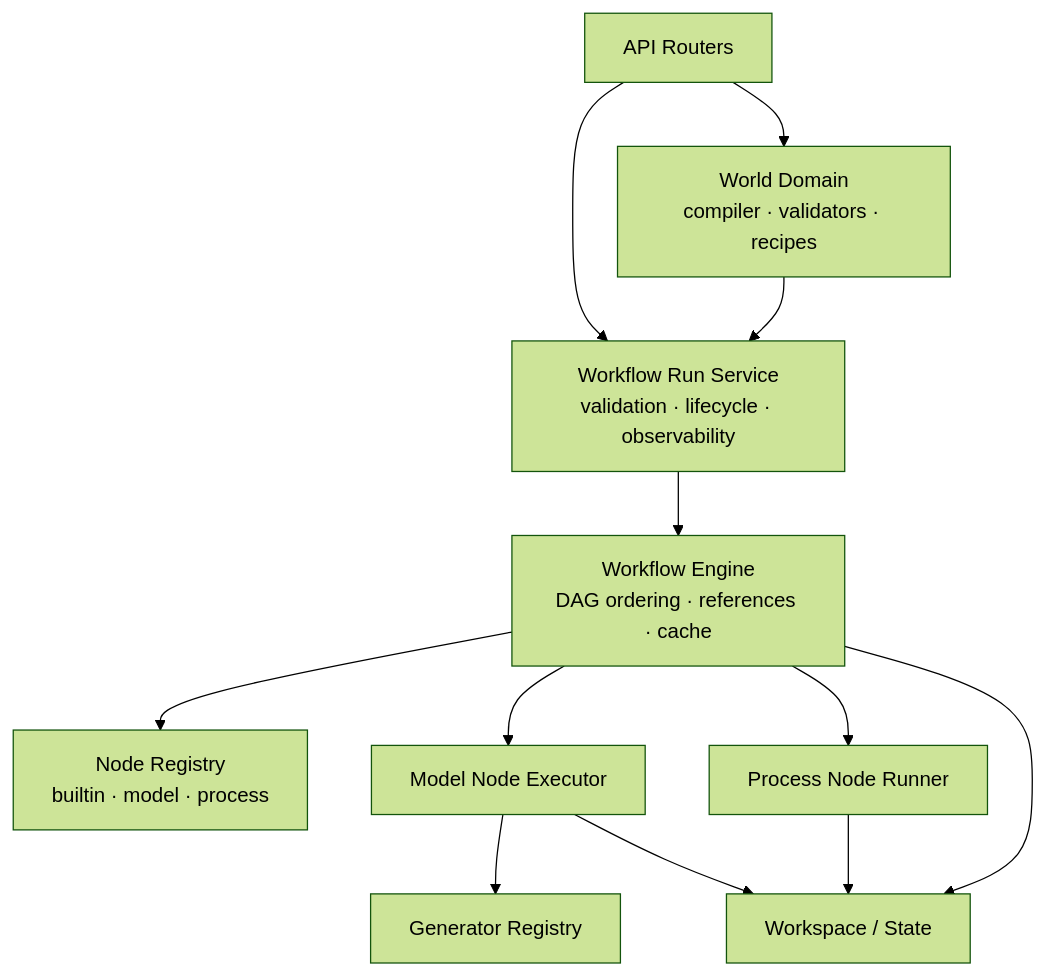
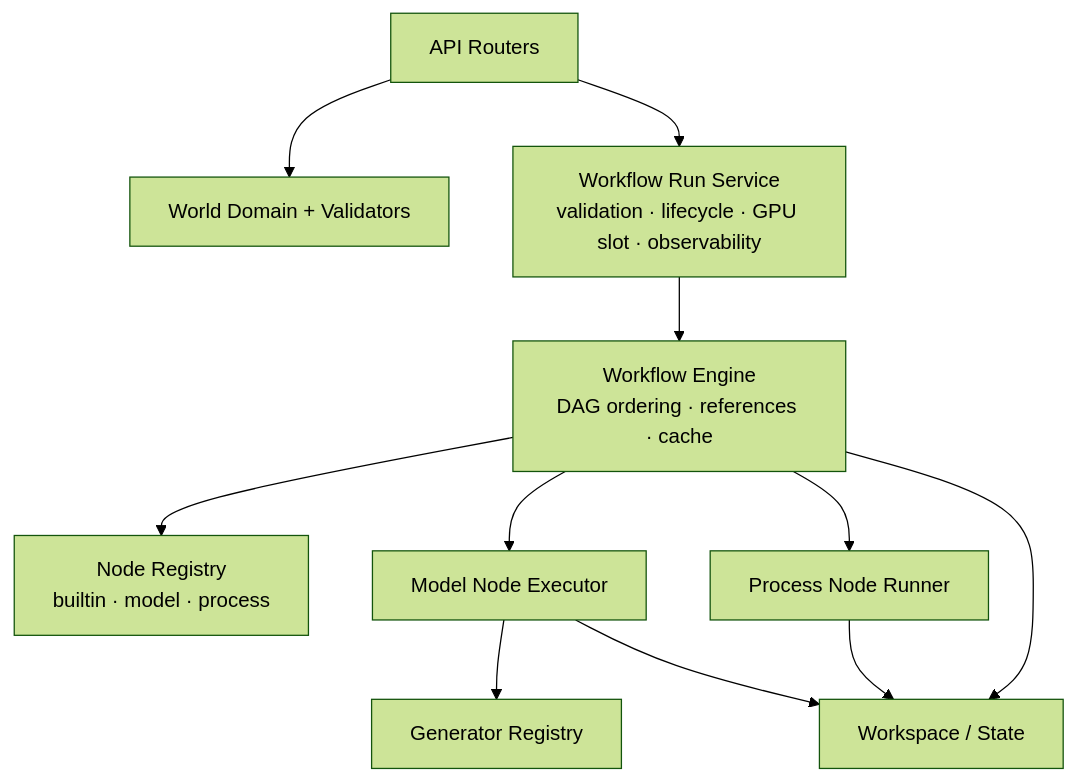
One commit to mousebar01/PolyKit changed the third of 6 diagrams in docs/architecture.md. Above: the diagram before and after it, drawn with Mermaid (forest theme). The commit also changed other lines of this file, not shown here.

Commit message:
docs: add MCP adapter to architecture boundary

````diff
--- a/docs/architecture.md
+++ b/docs/architecture.md
@@ -62,24 +66,23 @@
 ```mermaid
 flowchart TB
     Routers[API Routers]
-    World[World Domain\ncompiler · validators · recipes]
-    RunService[Workflow Run Service\nvalidation · lifecycle · observability]
+    WorldDomain[World Domain + Validators]
+    RunService[Workflow Run Service\nvalidation · lifecycle · GPU slot · observability]
     Engine[Workflow Engine\nDAG ordering · references · cache]
     Registry[Node Registry\nbuiltin · model · process]
     ModelExec[Model Node Executor]
     ProcessRunner[Process Node Runner]
     Generators[Generator Registry]
     Workspace[Workspace / State]
 
-    Routers --> World
+    Routers --> WorldDomain
     Routers --> RunService
-    World --> RunService
     RunService --> Engine
     Engine --> Registry
     Engine --> ModelExec
     Engine --> ProcessRunner
     ModelExec --> Generators
     ModelExec --> Workspace
     ProcessRunner --> Workspace
     Engine --> Workspace
 ```
````
